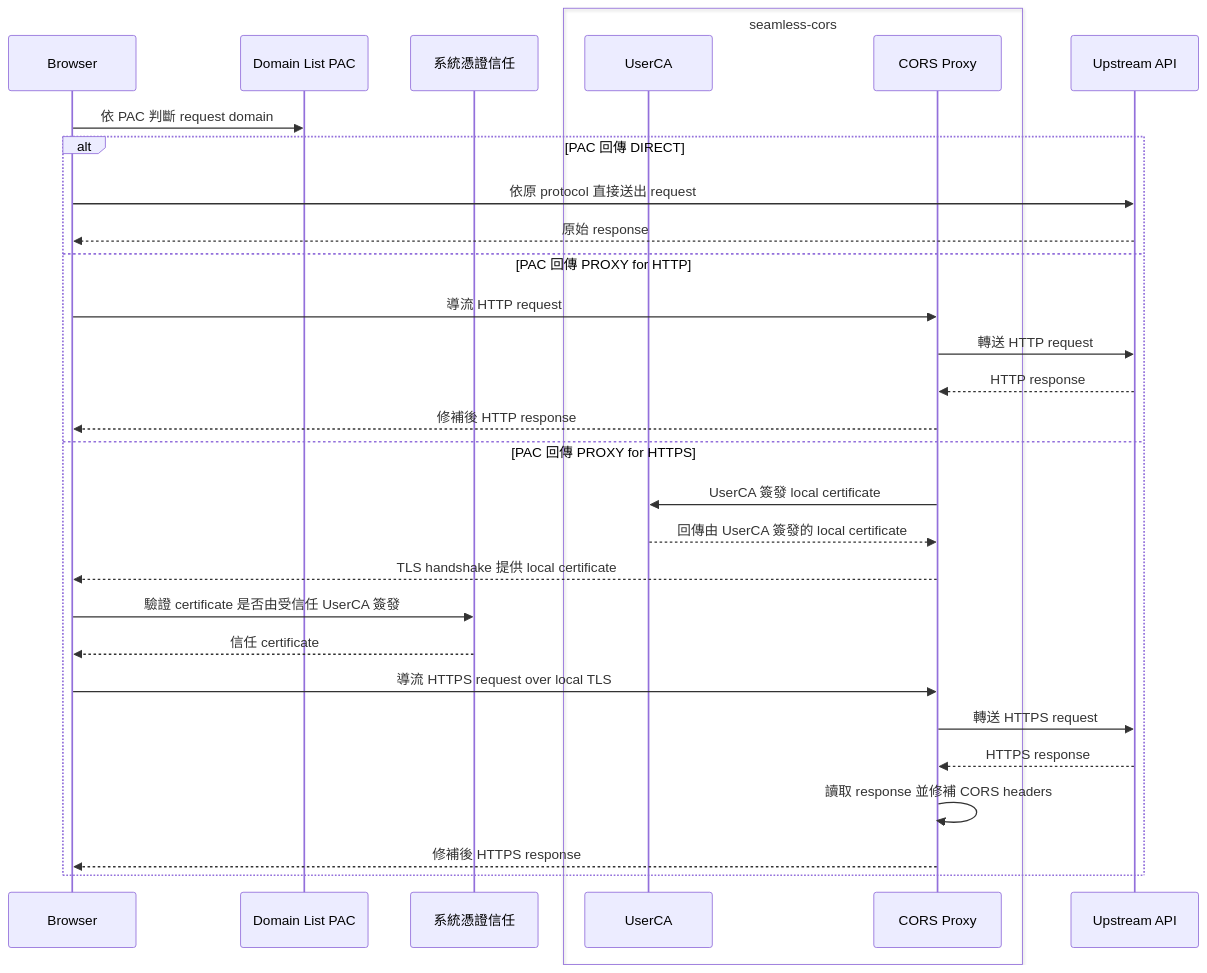
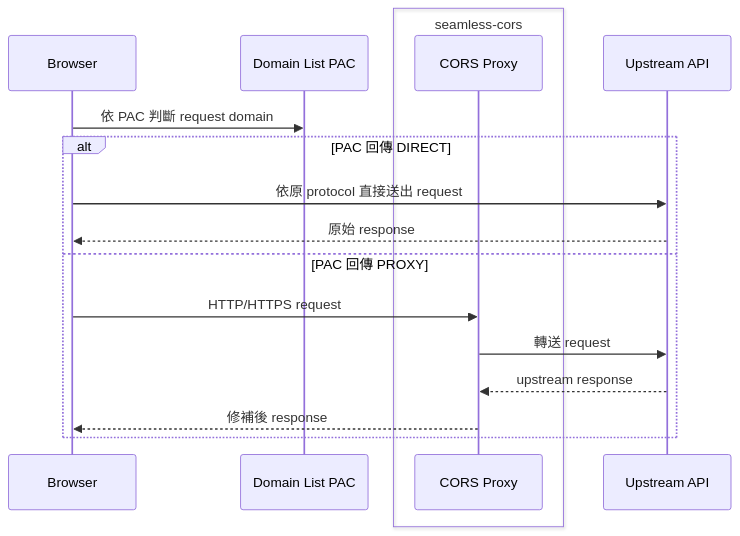
The fourth of 6 diagrams in diagrams/v3.md (QzCurious/seamless-cors), drawn with Mermaid before and after one commit. The commit also changed other lines of this file and 2 other files, not shown here.

Commit message:
update diagrams

````diff
--- a/diagrams/v3.md
+++ b/diagrams/v3.md
@@ -52,33 +54,20 @@
 ```mermaid
 sequenceDiagram
   participant Browser
   participant DomainListPAC as Domain List PAC
-  participant SystemTrust as 系統憑證信任
   box seamless-cors
-    participant UserCA
     participant CorsProxy as CORS Proxy
   end
   participant Upstream as Upstream API
 
   Browser->>DomainListPAC: 依 PAC 判斷 request domain
   alt PAC 回傳 DIRECT
     Browser->>Upstream: 依原 protocol 直接送出 request
     Upstream-->>Browser: 原始 response
-  else PAC 回傳 PROXY for HTTP
-    Browser->>CorsProxy: 導流 HTTP request
-    CorsProxy->>Upstream: 轉送 HTTP request
-    Upstream-->>CorsProxy: HTTP response
-    CorsProxy-->>Browser: 修補後 HTTP response
-  else PAC 回傳 PROXY for HTTPS
-    CorsProxy->>UserCA: UserCA 簽發 local certificate
-    UserCA-->>CorsProxy: 回傳由 UserCA 簽發的 local certificate
-    CorsProxy-->>Browser: TLS handshake 提供 local certificate
-    Browser->>SystemTrust: 驗證 certificate 是否由受信任 UserCA 簽發
-    SystemTrust-->>Browser: 信任 certificate
-    Browser->>CorsProxy: 導流 HTTPS request over local TLS
-    CorsProxy->>Upstream: 轉送 HTTPS request
-    Upstream-->>CorsProxy: HTTPS response
-    CorsProxy->>CorsProxy: 讀取 response 並修補 CORS headers
-    CorsProxy-->>Browser: 修補後 HTTPS response
+  else PAC 回傳 PROXY
+    Browser->>CorsProxy: HTTP/HTTPS request
+    CorsProxy->>Upstream: 轉送 request
+    Upstream-->>CorsProxy: upstream response
+    CorsProxy-->>Browser: 修補後 response
   end
 ```
````
